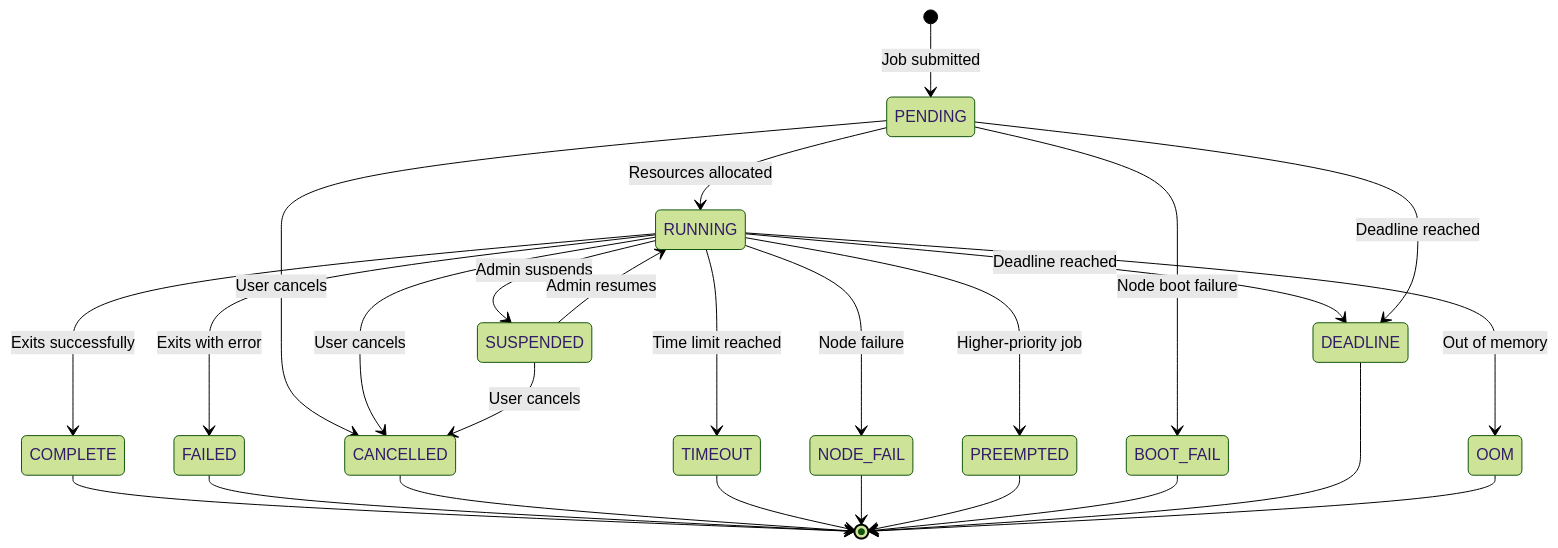
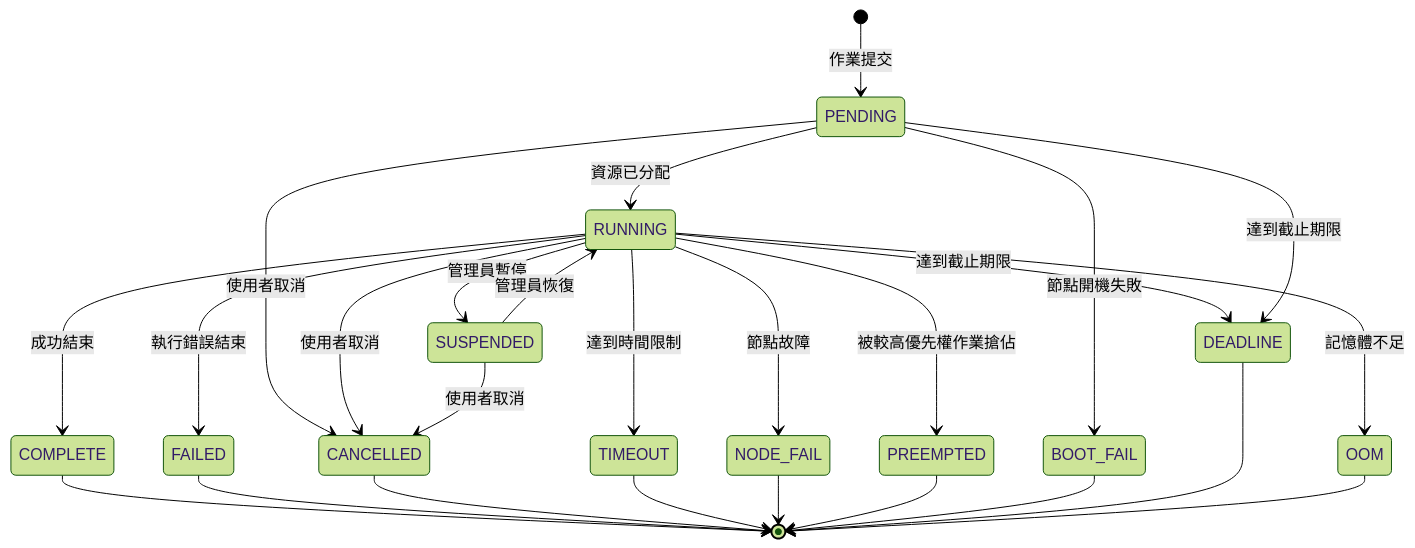
Before and after one commit to pichiu/slurm: the first of 6 diagrams in _bmad-output/technical-reference/internals/slurm-job-state-lifecycle.md, drawn with Mermaid (forest theme). The commit also changed other lines of this file, not shown here.

````diff
--- a/_bmad-output/technical-reference/internals/slurm-job-state-lifecycle.md
+++ b/_bmad-output/technical-reference/internals/slurm-job-state-lifecycle.md
@@ -79,33 +79,33 @@
 ```mermaid
 stateDiagram-v2
-    [*] --> PENDING : Job submitted
+    [*] --> PENDING : 作業提交
 
-    PENDING --> RUNNING : Resources allocated
-    PENDING --> CANCELLED : User cancels
+    PENDING --> RUNNING : 資源已分配
+    PENDING --> CANCELLED : 使用者取消
 
-    RUNNING --> COMPLETE : Exits successfully
-    RUNNING --> FAILED : Exits with error
-    RUNNING --> CANCELLED : User cancels
-    RUNNING --> TIMEOUT : Time limit reached
-    RUNNING --> NODE_FAIL : Node failure
-    RUNNING --> PREEMPTED : Higher-priority job
-    RUNNING --> OOM : Out of memory
-    RUNNING --> SUSPENDED : Admin suspends
-    RUNNING --> DEADLINE : Deadline reached
+    RUNNING --> COMPLETE : 成功結束
+    RUNNING --> FAILED : 執行錯誤結束
+    RUNNING --> CANCELLED : 使用者取消
+    RUNNING --> TIMEOUT : 達到時間限制
+    RUNNING --> NODE_FAIL : 節點故障
+    RUNNING --> PREEMPTED : 被較高優先權作業搶佔
+    RUNNING --> OOM : 記憶體不足
+    RUNNING --> SUSPENDED : 管理員暫停
+    RUNNING --> DEADLINE : 達到截止期限
 
-    SUSPENDED --> RUNNING : Admin resumes
-    SUSPENDED --> CANCELLED : User cancels
+    SUSPENDED --> RUNNING : 管理員恢復
+    SUSPENDED --> CANCELLED : 使用者取消
 
-    PENDING --> BOOT_FAIL : Node boot failure
-    PENDING --> DEADLINE : Deadline reached
+    PENDING --> BOOT_FAIL : 節點開機失敗
+    PENDING --> DEADLINE : 達到截止期限
 
     COMPLETE --> [*]
     FAILED --> [*]
     CANCELLED --> [*]
     TIMEOUT --> [*]
     NODE_FAIL --> [*]
     PREEMPTED --> [*]
     BOOT_FAIL --> [*]
     DEADLINE --> [*]
     OOM --> [*]
 ```
````
